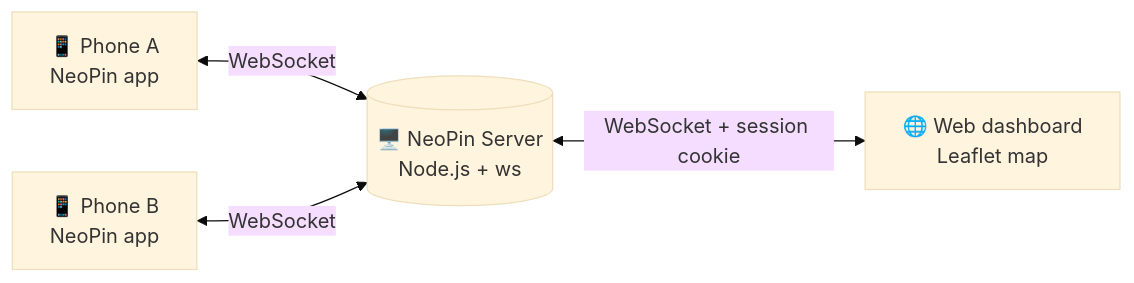
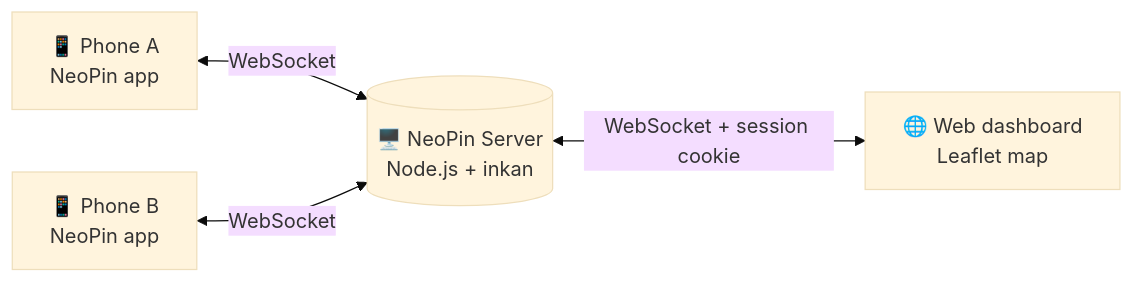
One commit to vxnsin/NeoPin changed the diagram in README.md. Above: the diagram before and after it, drawn with Mermaid (base theme). The commit also changed other lines of this file, not shown here.

````diff
--- a/README.md
+++ b/README.md
@@ -42,6 +23,6 @@
 ```mermaid
 flowchart LR
-    A[📱 Phone A<br/>NeoPin app] <-- WebSocket --> S[(🖥️ NeoPin Server<br/>Node.js + ws)]
+    A[📱 Phone A<br/>NeoPin app] <-- WebSocket --> S[(🖥️ NeoPin Server<br/>Node.js + inkan)]
     B[📱 Phone B<br/>NeoPin app] <-- WebSocket --> S
     S <-- WebSocket + session cookie --> D[🌐 Web dashboard<br/>Leaflet map]
 ```
````
